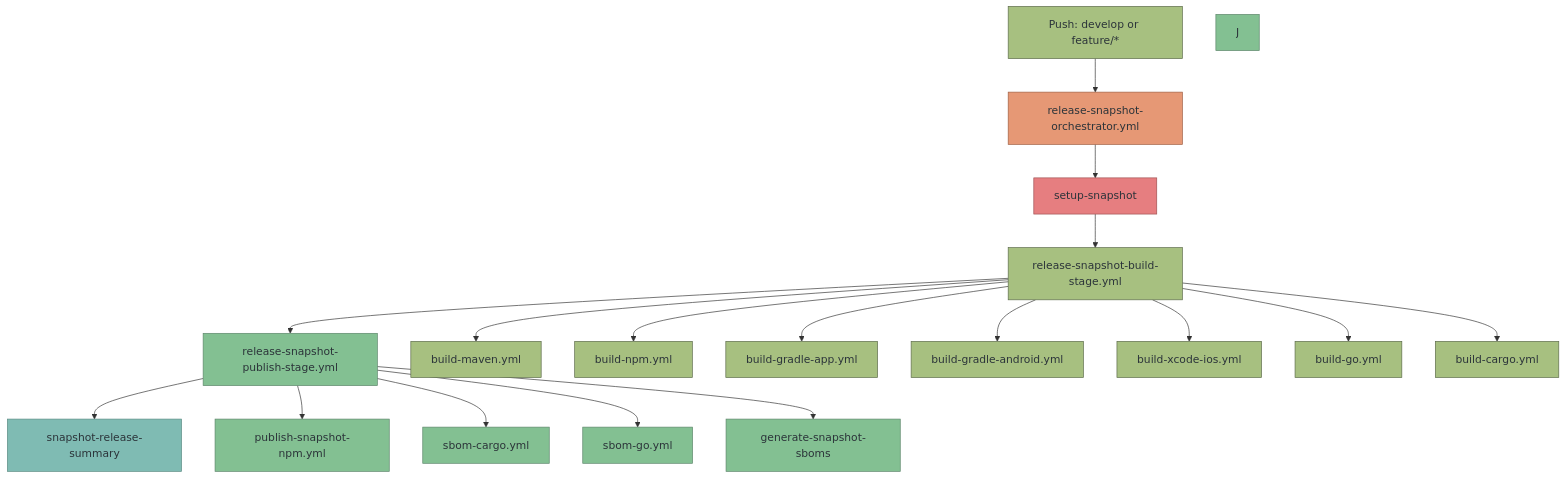
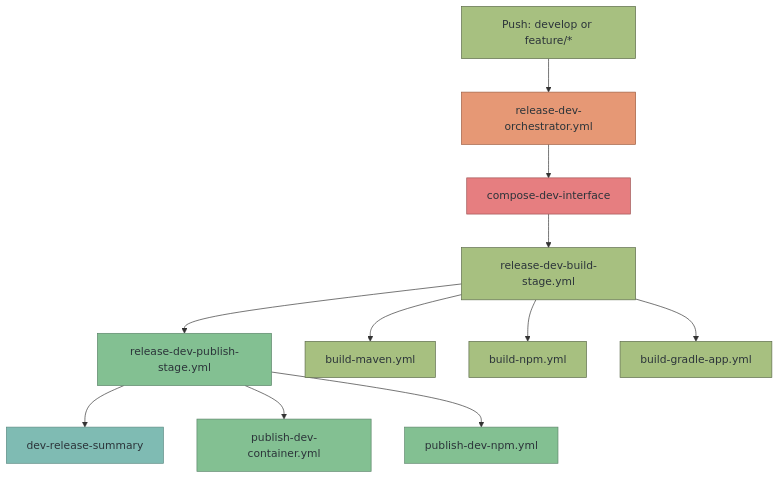
The third of 7 diagrams in docs/workflows.md (diggsweden/reusable-ci), drawn with Mermaid before and after one commit. The commit also changed other lines of this file and 957 other files, not shown here.

````diff
--- a/docs/workflows.md
+++ b/docs/workflows.md
@@ -244,40 +203,27 @@
 ```mermaid
 graph TD
-    A[Push: develop or feature/*] --> B[release-snapshot-orchestrator.yml]
-    B --> C[setup-snapshot]
-    C --> D[release-snapshot-build-stage.yml]
-    D --> E[release-snapshot-publish-stage.yml]
-    E --> F[snapshot-release-summary]
+    A[Push: develop or feature/*] --> B[release-dev-orchestrator.yml]
+    B --> C[compose-dev-interface]
+    C --> D[release-dev-build-stage.yml]
+    D --> E[release-dev-publish-stage.yml]
+    E --> F[dev-release-summary]
 
     D --> G[build-maven.yml]
     D --> H[build-npm.yml]
     D --> I[build-gradle-app.yml]
-    D --> I2[build-gradle-android.yml]
-    D --> I3[build-xcode-ios.yml]
-    D --> I4[build-go.yml]
-    D --> I5[build-cargo.yml]
 
-    E --> K[publish-snapshot-npm.yml]
-    E --> L[sbom-cargo.yml]
-    E --> L2[sbom-go.yml]
-    E --> M[generate-snapshot-sboms]
+    E --> J[publish-dev-container.yml]
+    E --> K[publish-dev-npm.yml]
 
     style A fill:#a7c080,stroke:#5c6a4a,color:#2b3339
     style B fill:#e69875,stroke:#9d5c41,color:#2b3339
     style C fill:#e67e80,stroke:#9d4f50,color:#2b3339
     style D fill:#a7c080,stroke:#5c6a4a,color:#2b3339
     style E fill:#83c092,stroke:#5c856a,color:#2b3339
     style F fill:#7fbbb3,stroke:#5a8a82,color:#2b3339
     style G fill:#a7c080,stroke:#5c6a4a,color:#2b3339
     style H fill:#a7c080,stroke:#5c6a4a,color:#2b3339
     style I fill:#a7c080,stroke:#5c6a4a,color:#2b3339
-    style I2 fill:#a7c080,stroke:#5c6a4a,color:#2b3339
-    style I3 fill:#a7c080,stroke:#5c6a4a,color:#2b3339
-    style I4 fill:#a7c080,stroke:#5c6a4a,color:#2b3339
-    style I5 fill:#a7c080,stroke:#5c6a4a,color:#2b3339
     style J fill:#83c092,stroke:#5c856a,color:#2b3339
     style K fill:#83c092,stroke:#5c856a,color:#2b3339
-    style L fill:#83c092,stroke:#5c856a,color:#2b3339
-    style L2 fill:#83c092,stroke:#5c856a,color:#2b3339
-    style M fill:#83c092,stroke:#5c856a,color:#2b3339
 ```
````
